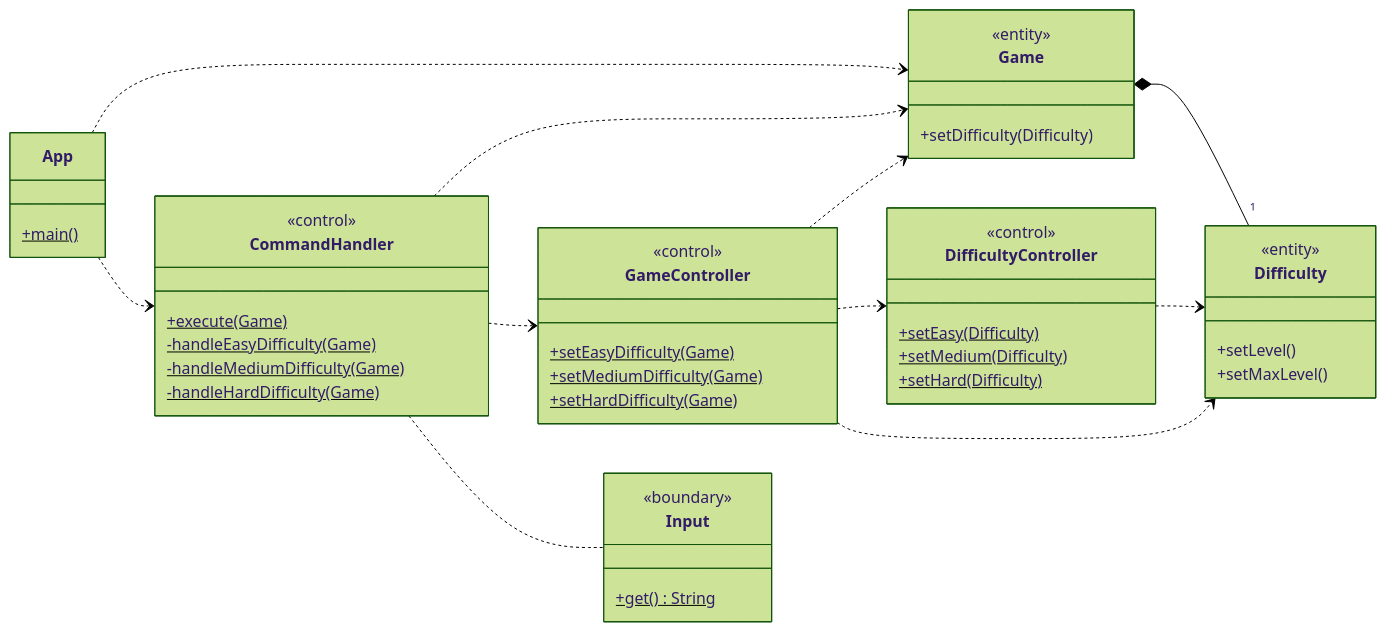
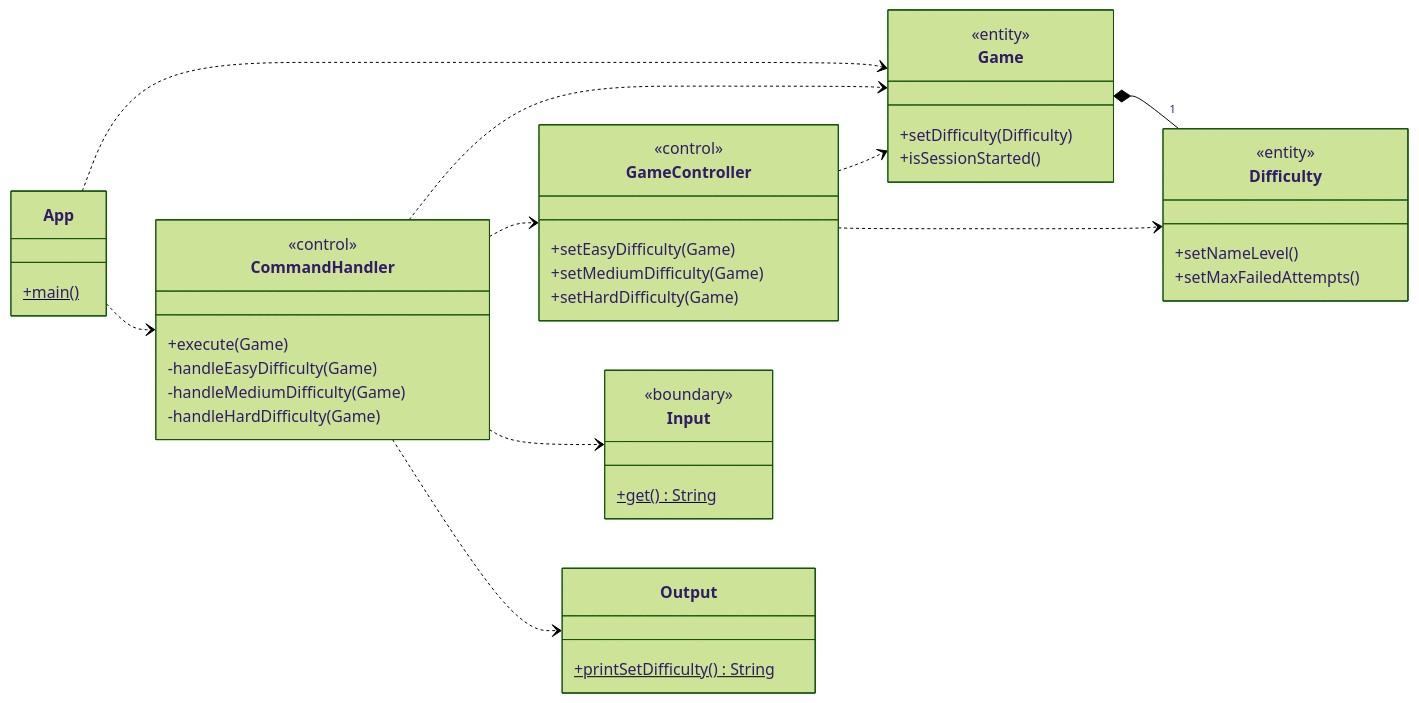
The fifth of 7 diagrams in docs/Report.md (softeng2223-inf-uniba/progetto2223-thacker), drawn with Mermaid (forest theme) before and after one commit. The commit also changed other lines of this file, not shown here.

Commit message:
Aggiornata sezione 5.A.2
Corretti diagrammi e aggiunta descrizione della userstory

````diff
--- a/docs/Report.md
+++ b/docs/Report.md
@@ -382,57 +393,58 @@
 ```mermaid
 classDiagram
-    direction LR
+  direction LR
 
-    class App {
-      +main()$
-    }
+  class App {
+    +main()$
+  }
+  
+  App ..> Game
+  App ..> CommandHandler
 
-    class Input {
-      +get()$ String
-    }
-    <<boundary>> Input
+  class CommandHandler {
+    +execute(Game)
+    -handleEasyDifficulty(Game)
+    -handleMediumDifficulty(Game)
+    -handleHardDifficulty(Game)
+  }
+  <<control>> CommandHandler
 
-    class CommandHandler {
-      +execute(Game)$
-      -handleEasyDifficulty(Game)$
-      -handleMediumDifficulty(Game)$
-      -handleHardDifficulty(Game)$
-    }
-    <<control>> CommandHandler
+  CommandHandler ..> Game
+  CommandHandler ..> GameController
+  CommandHandler ..> Input
+  CommandHandler ..> Output 
 
-    class GameController {
-      +setEasyDifficulty(Game)$
-      +setMediumDifficulty(Game)$
-      +setHardDifficulty(Game)$
-    }
-    <<control>> GameController
+  class Input {
+    +get()$ String
+  }
+  <<boundary>> Input
 
-    class DifficultyController {
-      +setEasy(Difficulty)$
-      +setMedium(Difficulty)$
-      +setHard(Difficulty)$
-    }
-    <<control>> DifficultyController
+  class Output {
+    +printSetDifficulty()$ String
+  }
+  <<boundary>> Input
 
-    class Game {
-      +setDifficulty(Difficulty)
-    }
-    <<entity>> Game
+  class GameController {
+    +setEasyDifficulty(Game)
+    +setMediumDifficulty(Game)
+    +setHardDifficulty(Game)
+  }
+  <<control>> GameController
 
-    class Difficulty {
-      +setLevel()
-      +setMaxLevel()
-    }
-    <<entity>> Difficulty
+  GameController ..> Game
+  GameController ..> Difficulty
 
-    App ..> Game
-    App ..> CommandHandler
-    GameController ..> Game
-    CommandHandler ..> Game
-    CommandHandler ..> GameController
-    DifficultyController ..> Difficulty
-    GameController ..> DifficultyController
-    GameController ..> Difficulty
-    CommandHandler .. Input
-    Game *-- "1" Difficulty
+  class Game {
+    +setDifficulty(Difficulty)
+    +isSessionStarted()
+  }
+  <<entity>> Game
+
+  Game *-- "1" Difficulty
+
+  class Difficulty {
+    +setNameLevel()
+    +setMaxFailedAttempts()
+  }
+  <<entity>> Difficulty
 ```
````
